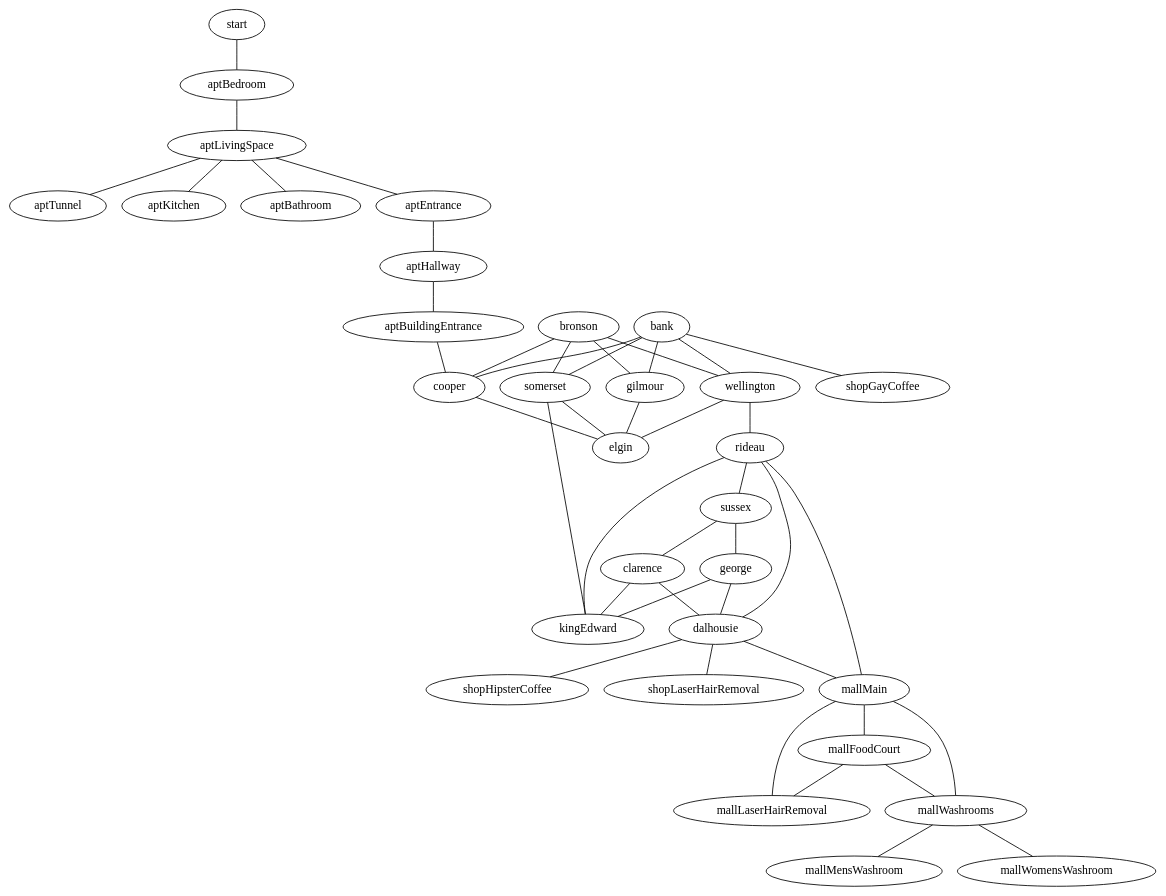
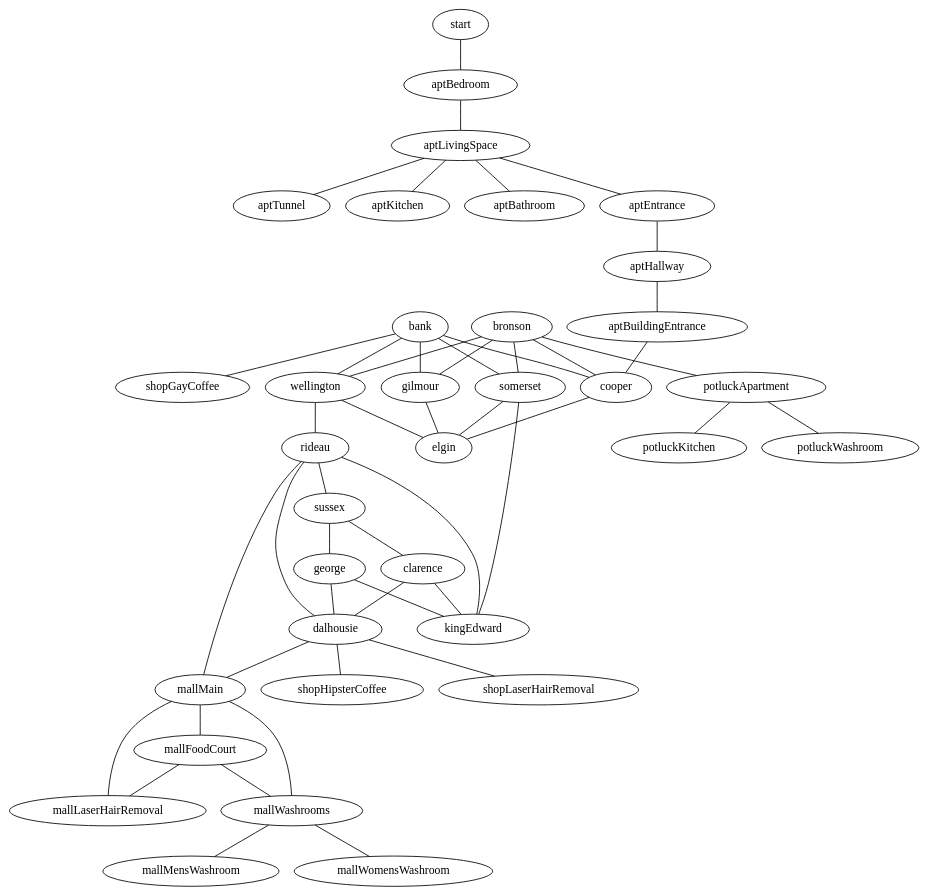
Before and after one commit to maelys-mcardle/adventure: the diagram in examples/ottawa/entities/world/values.dot, drawn with Graphviz. The commit also changed 9 other files, not shown here.

```diff
--- a/examples/ottawa/entities/world/values.dot
+++ b/examples/ottawa/entities/world/values.dot
@@ -1,56 +1,63 @@
 graph location {
 
   start -- aptBedroom
 
   subgraph streets {
     bank -- wellington -- elgin
     bank -- cooper -- elgin
     bank -- somerset -- elgin
     bank -- gilmour -- elgin
 
     bronson -- wellington
     bronson -- cooper
     bronson -- somerset
     bronson -- gilmour   
 
     wellington -- rideau
 
     rideau -- sussex
     rideau -- dalhousie
     rideau -- kingEdward
 
     sussex -- george -- dalhousie
     sussex -- clarence -- dalhousie
     somerset -- kingEdward
     george -- kingEdward
     clarence -- kingEdward
   }
 
   subgraph apartment {
     aptBedroom -- aptLivingSpace -- aptTunnel
     aptLivingSpace -- aptKitchen
     aptLivingSpace -- aptBathroom
     aptLivingSpace -- aptEntrance -- aptHallway 
     aptHallway -- aptBuildingEntrance -- cooper
   }
 
   subgraph shops {
     bank -- shopGayCoffee
     dalhousie -- shopLaserHairRemoval
     dalhousie -- shopHipsterCoffee
   }
 
   subgraph mall {
     rideau -- mallMain 
     dalhousie -- mallMain
 
     mallMain -- mallFoodCourt
     mallMain -- mallLaserHairRemoval
     mallMain -- mallWashrooms
     mallFoodCourt -- mallLaserHairRemoval
     mallFoodCourt -- mallWashrooms
 
     mallWashrooms -- mallMensWashroom
     mallWashrooms -- mallWomensWashroom
   }
+
+  subgraph potluck {
+    bronson -- potluckApartment
+
+    potluckApartment -- potluckWashroom
+    potluckApartment -- potluckKitchen
+  }
 }
```
